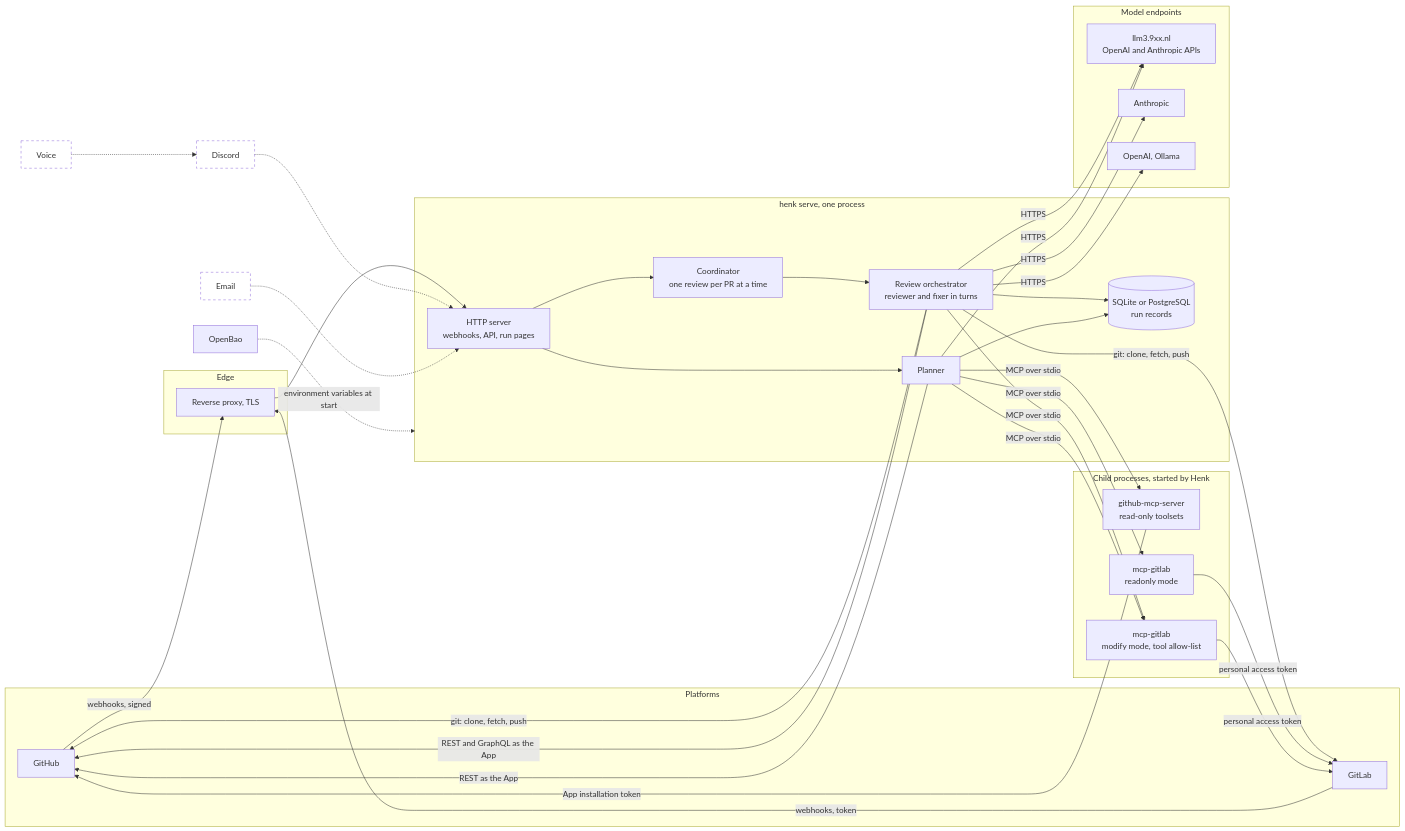
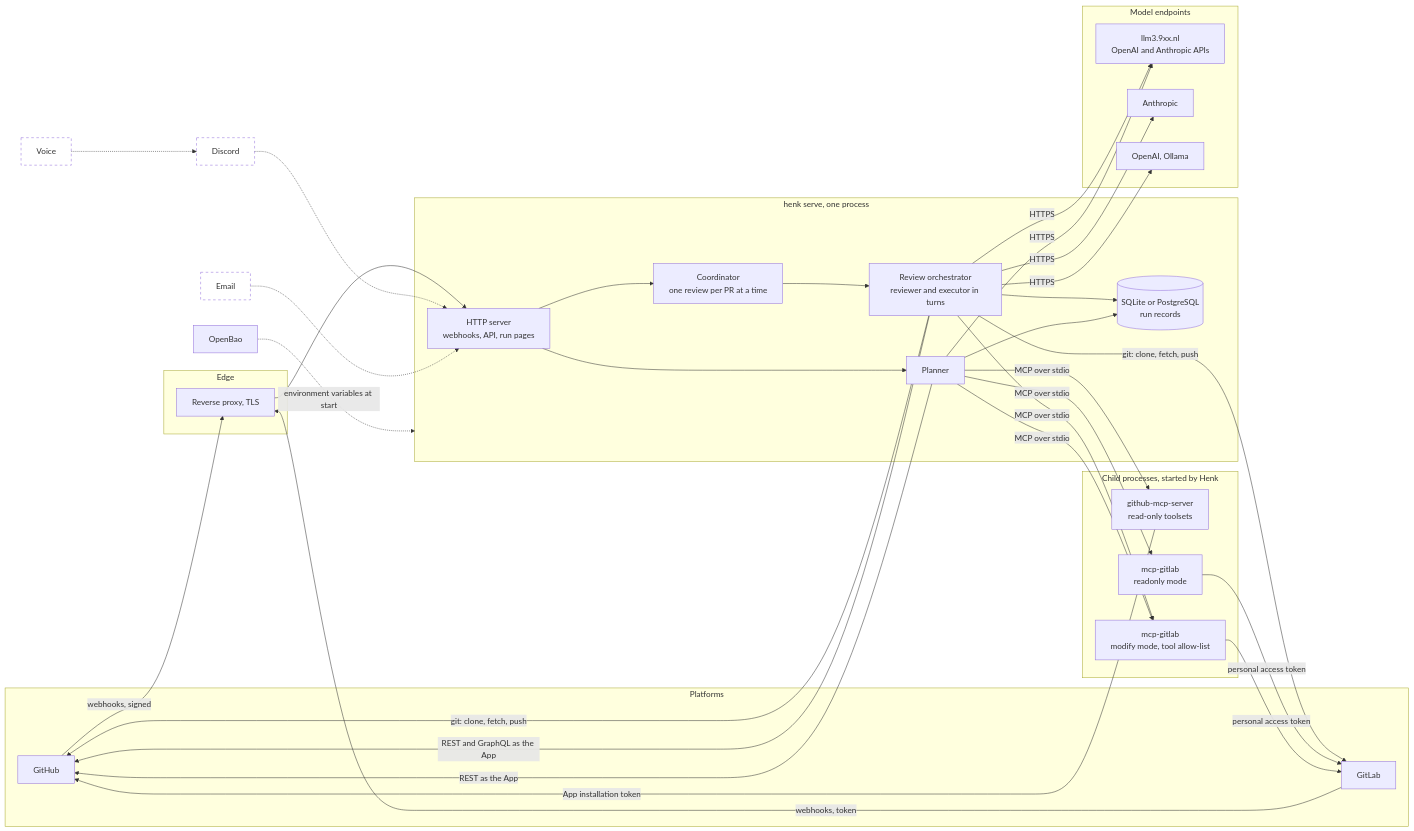
One commit to StephanMeijer/meneerhenk changed the first of 11 diagrams in ARCHITECTURE.md. Above: the diagram before and after it, drawn with Mermaid. The commit also changed other lines of this file and 28 other files, not shown here.

First line of the commit message:
refactor(review)!: the review loop's fixer is the executor

````diff
--- a/ARCHITECTURE.md
+++ b/ARCHITECTURE.md
@@ -20,61 +20,61 @@
 ```mermaid
 flowchart LR
     subgraph platforms["Platforms"]
         GH["GitHub"]
         GL["GitLab"]
     end
     subgraph edge["Edge"]
         RP["Reverse proxy, TLS"]
     end
     subgraph process["henk serve, one process"]
         SRV["HTTP server<br/>webhooks, API, run pages"]
         COORD["Coordinator<br/>one review per PR at a time"]
-        REV["Review orchestrator<br/>reviewer and fixer in turns"]
+        REV["Review orchestrator<br/>reviewer and executor in turns"]
         PLAN["Planner"]
         DB[("SQLite or PostgreSQL<br/>run records")]
     end
     subgraph children["Child processes, started by Henk"]
         GHR["github-mcp-server<br/>read-only toolsets"]
         GLR["mcp-gitlab<br/>readonly mode"]
         GLW["mcp-gitlab<br/>modify mode, tool allow-list"]
     end
     subgraph models["Model endpoints"]
         PROXY["llm3.9xx.nl<br/>OpenAI and Anthropic APIs"]
         ANTH["Anthropic"]
         OTHER["OpenAI, Ollama"]
     end
     BAO["OpenBao"]
     DISC["Discord"]:::later
     MAIL["Email"]:::later
     VOICE["Voice"]:::later
 
     GH -- "webhooks, signed" --> RP
     GL -- "webhooks, token" --> RP
     RP --> SRV
     SRV --> COORD
     COORD --> REV
     SRV --> PLAN
     REV --> DB
     PLAN --> DB
     REV -- "git: clone, fetch, push" --> GH
     REV -- "git: clone, fetch, push" --> GL
     PLAN -- "MCP over stdio" --> GHR
     PLAN -- "MCP over stdio" --> GLR
     REV -- "REST and GraphQL as the App" --> GH
     REV -- "MCP over stdio" --> GLW
     PLAN -- "REST as the App" --> GH
     PLAN -- "MCP over stdio" --> GLW
     GHR -- "App installation token" --> GH
     GLR -- "personal access token" --> GL
     GLW -- "personal access token" --> GL
     REV -- "HTTPS" --> PROXY
     REV -- "HTTPS" --> ANTH
     REV -- "HTTPS" --> OTHER
     PLAN -- "HTTPS" --> PROXY
     BAO -. "environment variables at start" .-> process
     DISC -.-> SRV
     MAIL -.-> SRV
     VOICE -.-> DISC
 
     classDef later stroke-dasharray: 5 5,fill:none
 ```
````
